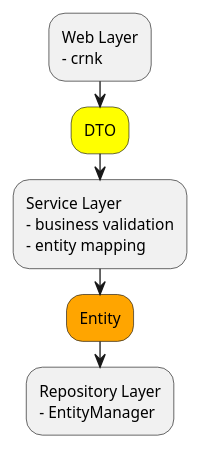
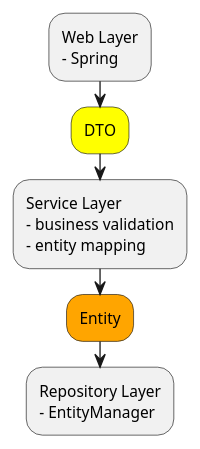
One commit to AAFC-BICoE/dina-base-api changed the diagram in docs/layers.plantuml. Above: the diagram before and after it, drawn with PlantUML. The commit also changed 7 other files, not shown here.

```diff
--- a/docs/layers.plantuml
+++ b/docs/layers.plantuml
@@ -1,11 +1,11 @@
 @startuml
 :Web Layer
-- crnk;
+- Spring;
 #Yellow:DTO;
 :Service Layer
 - business validation
 - entity mapping;
 #Orange:Entity;
 :Repository Layer
 - EntityManager;
 @enduml
```
